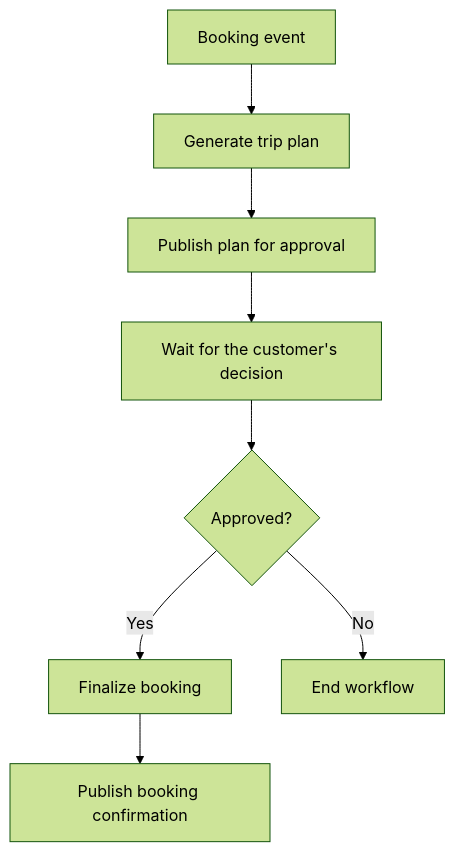
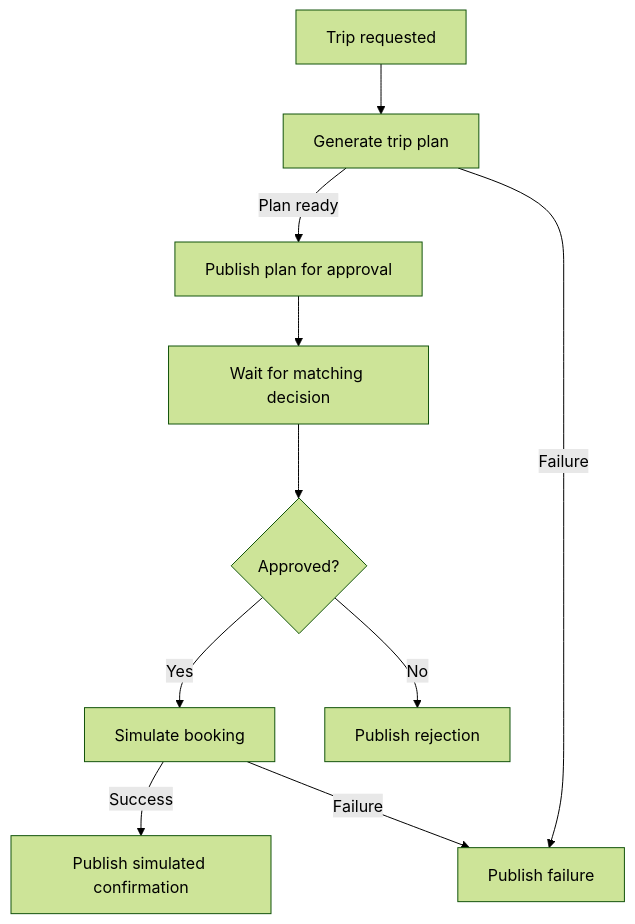
The first of 2 diagrams in docs/docs/section-3/step-03.md (quarkusio/quarkus-workshop-langchain4j), drawn with Mermaid (forest theme) before and after one commit. The commit also changed other lines of this file and 151 other files, not shown here.

````diff
--- a/docs/docs/section-3/step-03.md
+++ b/docs/docs/section-3/step-03.md
@@ -17,10 +13,12 @@
 ```mermaid
 flowchart TD
-    bookingEvent[Booking event] --> planTripTask[Generate trip plan]
-    planTripTask --> emitApproval[Publish plan for approval]
-    emitApproval --> waitApproval[Wait for the customer's decision]
-    waitApproval --> decision{Approved?}
-    decision -->|Yes| finalizeBooking[Finalize booking]
-    finalizeBooking --> emitConfirmed[Publish booking confirmation]
-    decision -->|No| stopWorkflow[End workflow]
+    request[Trip requested] --> planning[Generate trip plan]
+    planning -->|Plan ready| publish[Publish plan for approval]
+    planning -->|Failure| failed[Publish failure]
+    publish --> wait[Wait for matching decision]
+    wait --> decision{Approved?}
+    decision -->|Yes| booking[Simulate booking]
+    decision -->|No| rejected[Publish rejection]
+    booking -->|Success| confirmed[Publish simulated confirmation]
+    booking -->|Failure| failed
 ```
````
